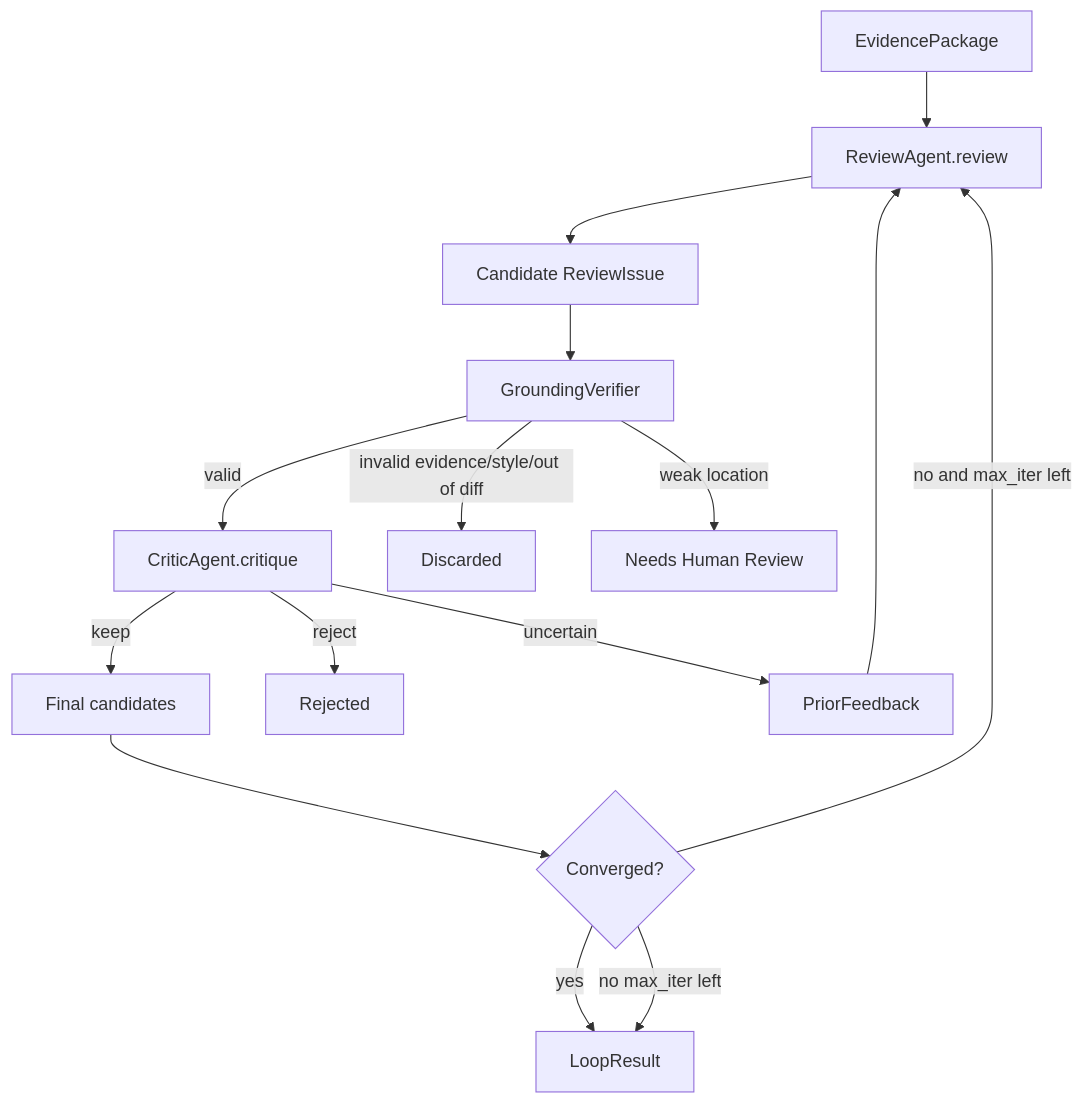
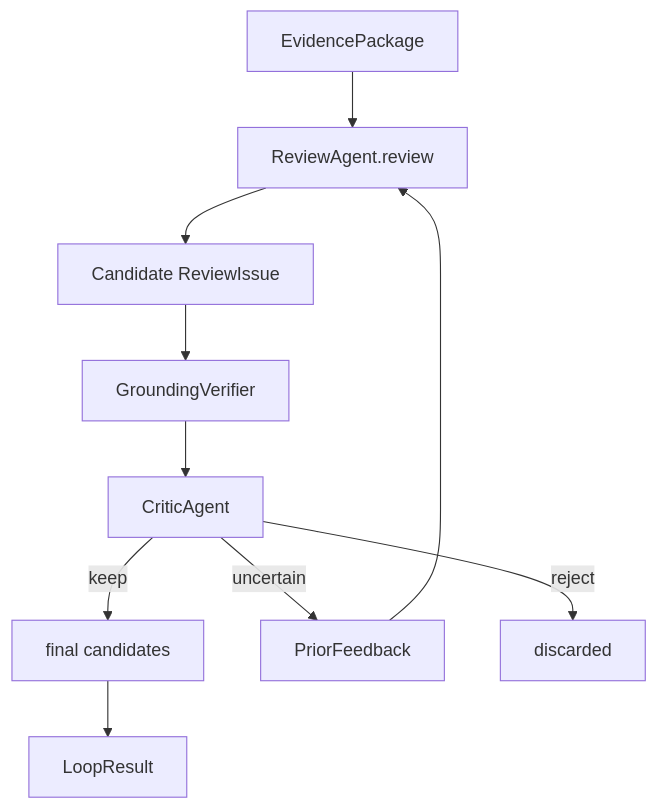
One commit to wsh-prime/code-review-agent changed the fifth of 5 diagrams in docs/architecture_overview.md. Above: the diagram before and after it, drawn with Mermaid. The commit also changed other lines of this file and 20 other files, not shown here.

````diff
--- a/docs/architecture_overview.md
+++ b/docs/architecture_overview.md
@@ -350,19 +184,12 @@
 ```mermaid
 flowchart TD
-    Start[EvidencePackage] --> Reviewer[ReviewAgent.review]
-    Reviewer --> Candidates[Candidate ReviewIssue]
-    Candidates --> Verifier[GroundingVerifier]
-    Verifier -->|valid| Critic[CriticAgent.critique]
-    Verifier -->|invalid evidence/style/out of diff| Discarded[Discarded]
-    Verifier -->|weak location| Human[Needs Human Review]
-
-    Critic -->|keep| Keep[Final candidates]
-    Critic -->|reject| Reject[Rejected]
+    Package[EvidencePackage] --> Reviewer[ReviewAgent.review]
+    Reviewer --> Candidate[Candidate ReviewIssue]
+    Candidate --> Verifier[GroundingVerifier]
+    Verifier --> Critic[CriticAgent]
+    Critic -->|keep| Keep[final candidates]
     Critic -->|uncertain| Feedback[PriorFeedback]
+    Critic -->|reject| Reject[discarded]
     Feedback --> Reviewer
-
-    Keep --> Converged{Converged?}
-    Converged -->|yes| Final[LoopResult]
-    Converged -->|no and max_iter left| Reviewer
-    Converged -->|no max_iter left| Final
+    Keep --> Done[LoopResult]
 ```
````
